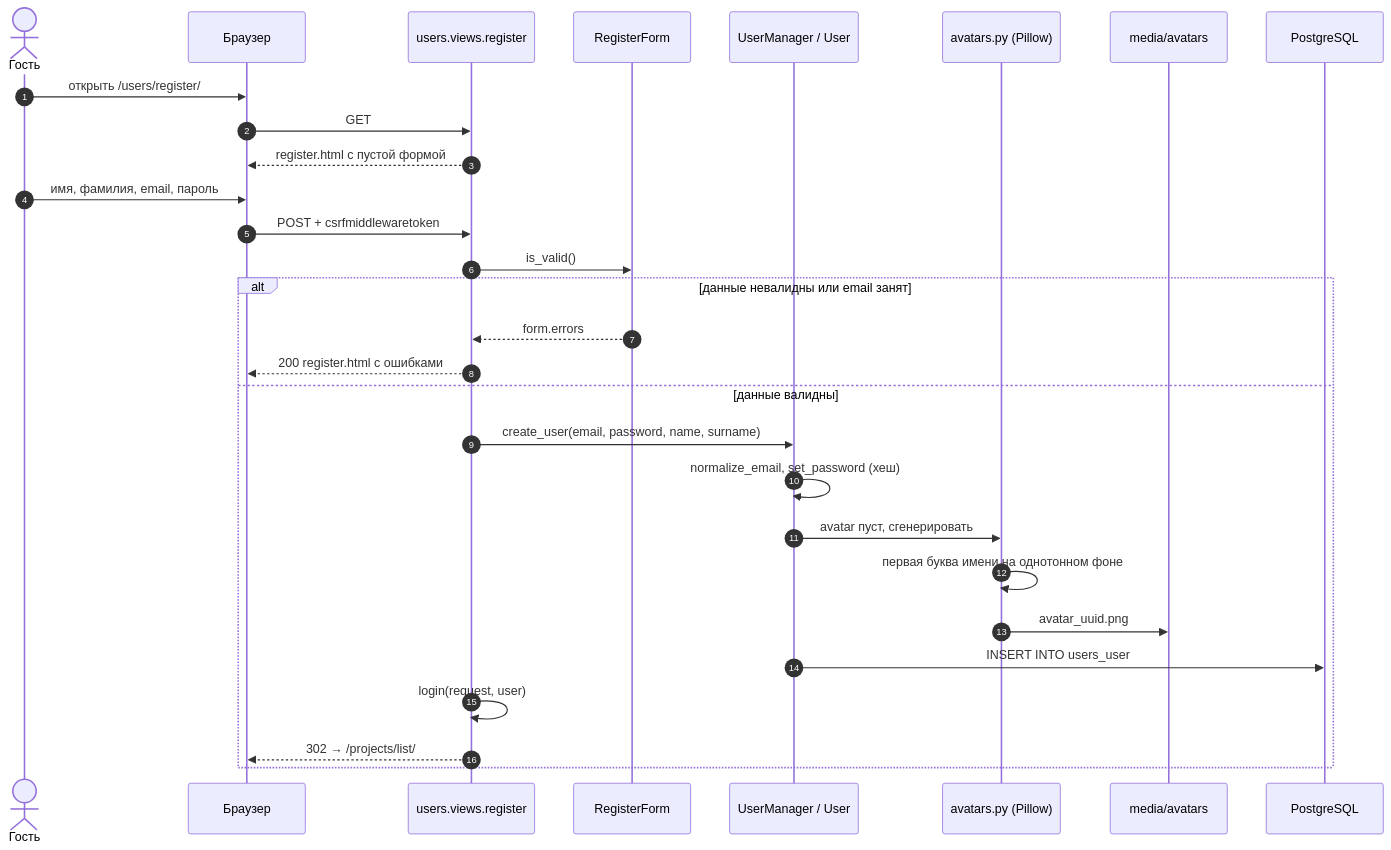
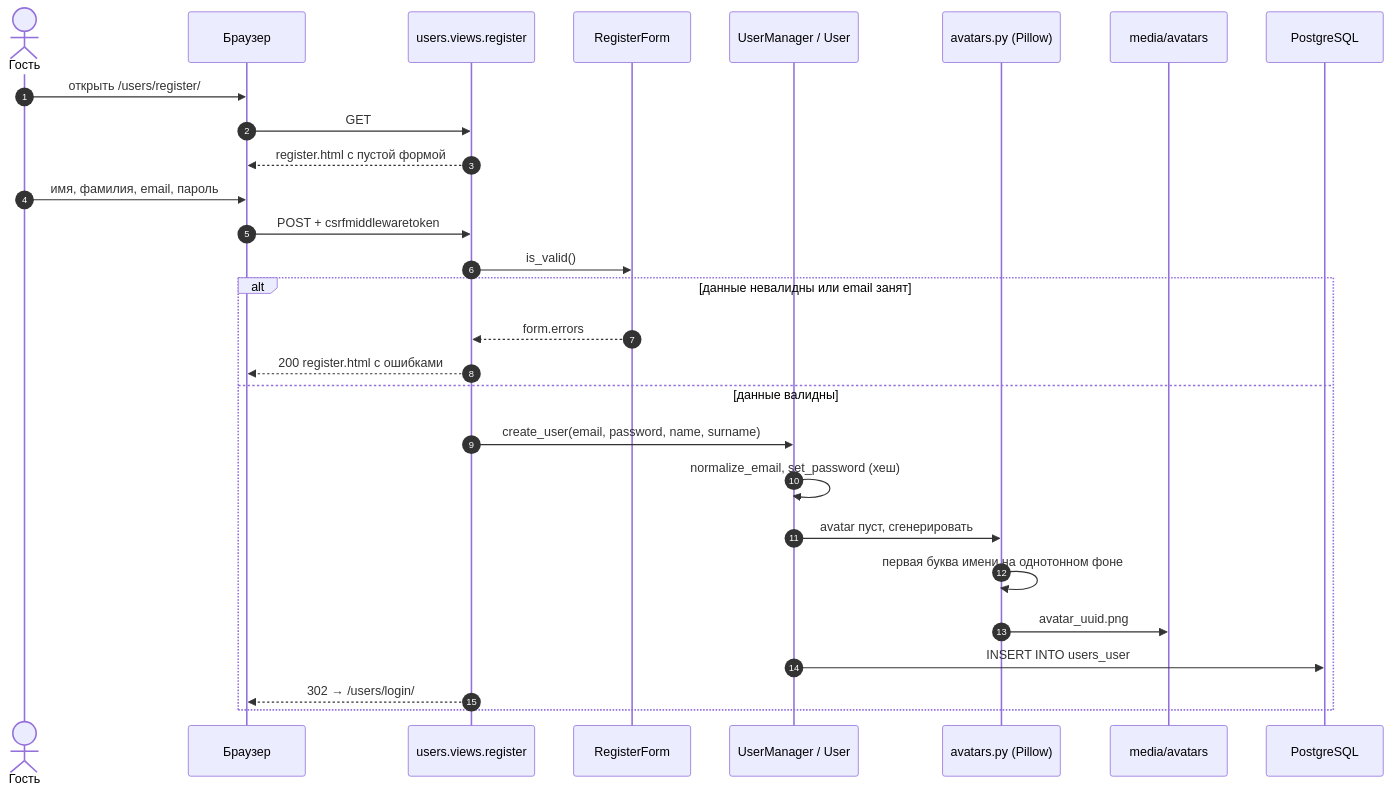
One commit to g3eraa/team-finder-ad changed diagram 12 of 24 in ARCHITECTURE.md. Above: the diagram before and after it, drawn with Mermaid. The commit also changed other lines of this file and 16 other files, not shown here.

````diff
--- a/ARCHITECTURE.md
+++ b/ARCHITECTURE.md
@@ -549,32 +549,31 @@
 ```mermaid
 sequenceDiagram
     autonumber
     actor G as Гость
     participant B as Браузер
     participant V as users.views.register
     participant F as RegisterForm
     participant M as UserManager / User
     participant A as avatars.py (Pillow)
     participant FS as media/avatars
     participant DB as PostgreSQL
 
     G->>B: открыть /users/register/
     B->>V: GET
     V-->>B: register.html с пустой формой
     G->>B: имя, фамилия, email, пароль
     B->>V: POST + csrfmiddlewaretoken
     V->>F: is_valid()
     alt данные невалидны или email занят
         F-->>V: form.errors
         V-->>B: 200 register.html с ошибками
     else данные валидны
         V->>M: create_user(email, password, name, surname)
         M->>M: normalize_email, set_password (хеш)
         M->>A: avatar пуст, сгенерировать
         A->>A: первая буква имени на однотонном фоне
         A->>FS: avatar_uuid.png
         M->>DB: INSERT INTO users_user
-        V->>V: login(request, user)
-        V-->>B: 302 → /projects/list/
+        V-->>B: 302 → /users/login/
     end
 ```
````
